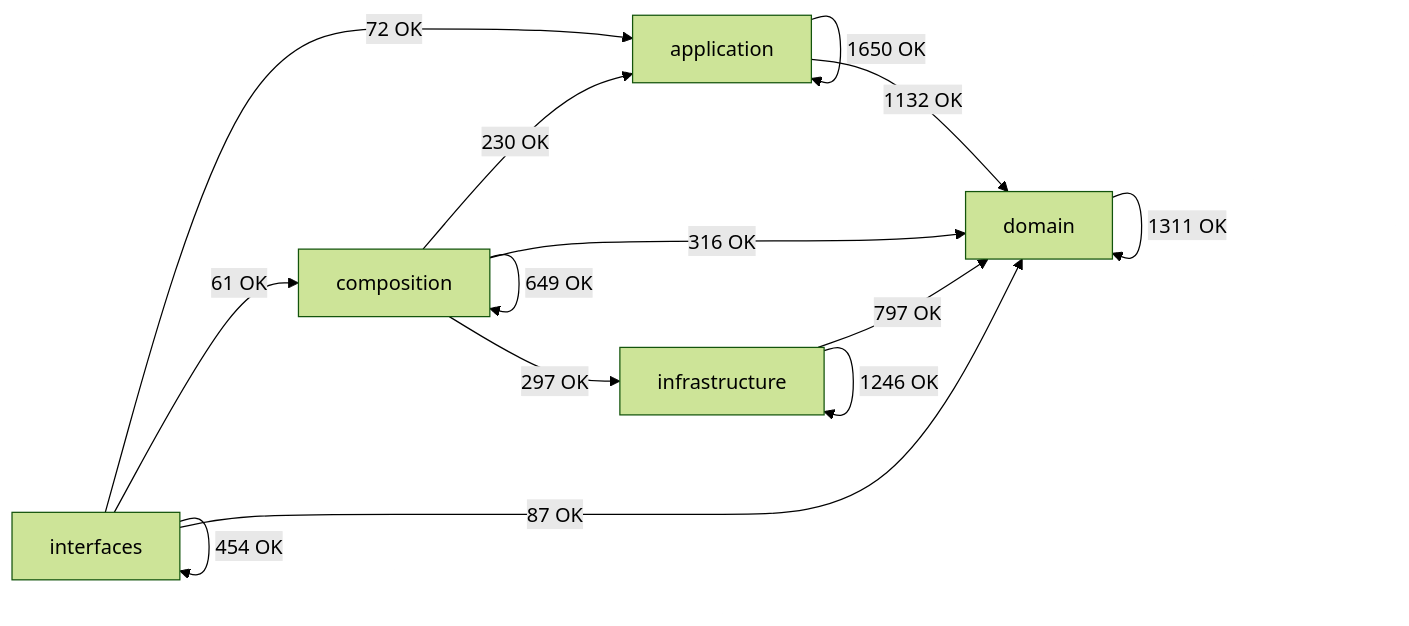
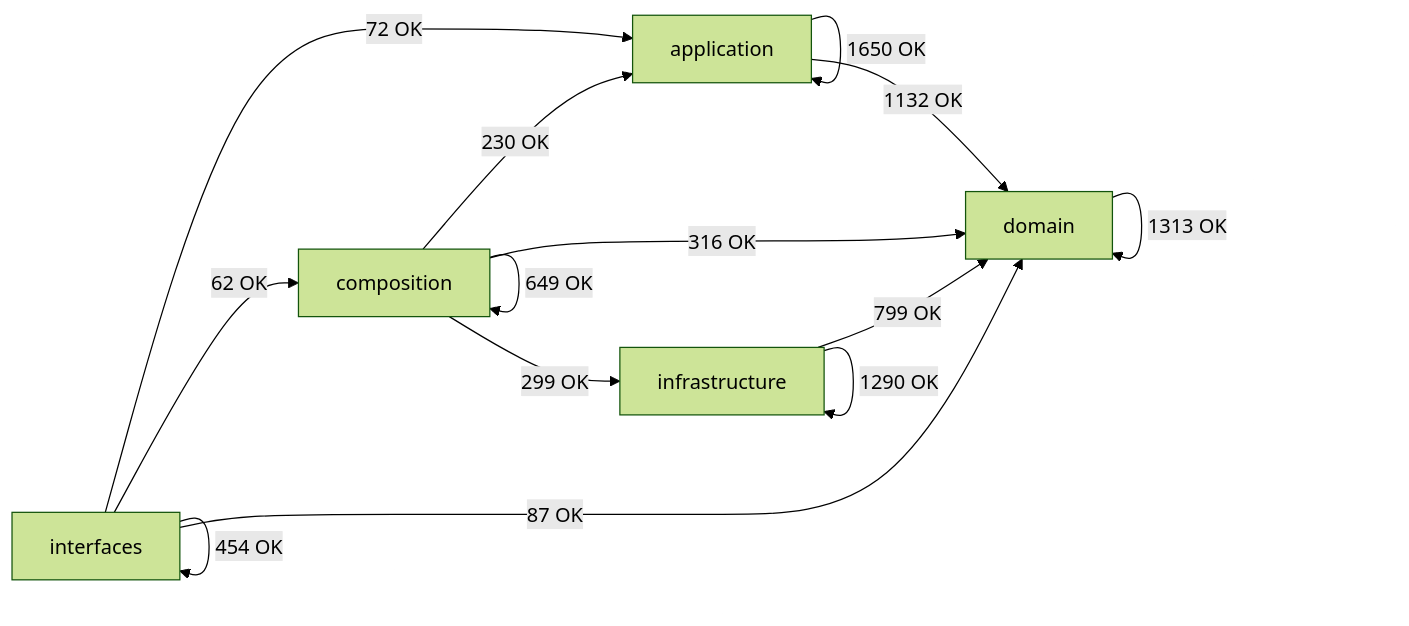
One commit to SatoryKono/BioactivityDataAcquisition changed the diagram in docs/02-architecture/generated/module-dependency-map.md. Above: the diagram before and after it, drawn with Mermaid (forest theme). The commit also changed other lines of this file and 29 other files, not shown here.

````diff
--- a/docs/02-architecture/generated/module-dependency-map.md
+++ b/docs/02-architecture/generated/module-dependency-map.md
@@ -17,21 +17,21 @@
 ```mermaid
 flowchart LR
     domain[domain]
     application[application]
     infrastructure[infrastructure]
     composition[composition]
     interfaces[interfaces]
     application -->|1650 OK| application
     application -->|1132 OK| domain
     composition -->|230 OK| application
     composition -->|649 OK| composition
     composition -->|316 OK| domain
-    composition -->|297 OK| infrastructure
-    domain -->|1311 OK| domain
-    infrastructure -->|797 OK| domain
-    infrastructure -->|1246 OK| infrastructure
+    composition -->|299 OK| infrastructure
+    domain -->|1313 OK| domain
+    infrastructure -->|799 OK| domain
+    infrastructure -->|1290 OK| infrastructure
     interfaces -->|72 OK| application
-    interfaces -->|61 OK| composition
+    interfaces -->|62 OK| composition
     interfaces -->|87 OK| domain
     interfaces -->|454 OK| interfaces
 ```
````
